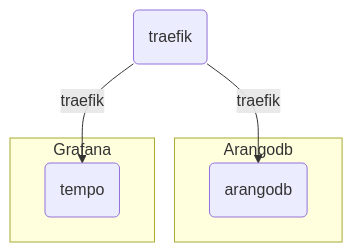
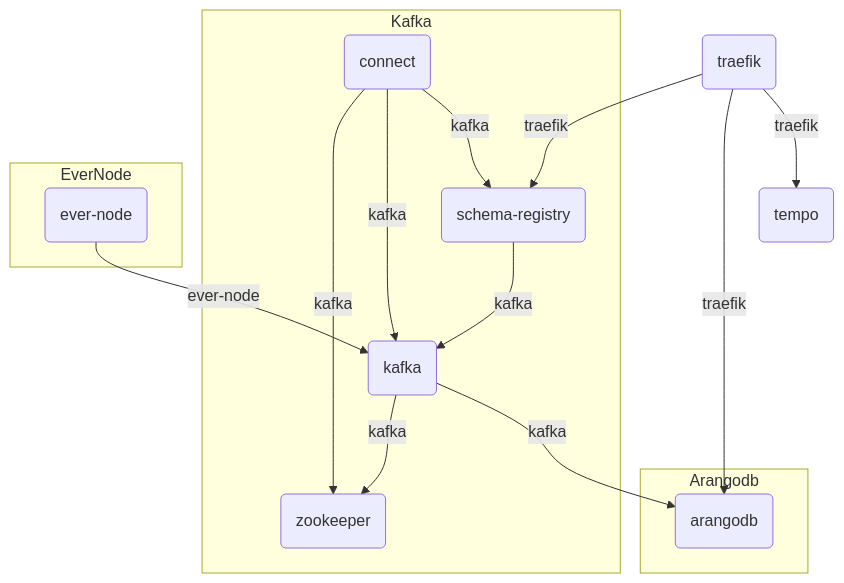
One commit to treeton-org/application-server changed the diagram in README.md. Above: the diagram before and after it, drawn with Mermaid. The commit also changed 1 other file, not shown here.

Commit message:
ci: Container network and network scheme

````diff
--- a/README.md
+++ b/README.md
@@ -14,14 +14,43 @@
 ```mermaid
 flowchart TD
+    %% Labels
+    traefik(traefik)
+    tempo(tempo)
+    arangodb(arangodb)
+    zookeeper(zookeeper)
+    kafka(kafka)
+    schema-registry(schema-registry)
+    connect(connect)
+    ever-node(ever-node)
+
     %% Traefik
-    traefik(traefik)-->|traefik|tempo(tempo)
-    traefik(traefik)-->|traefik|arangodb(arangodb)
+    traefik-->|traefik|arangodb
+    traefik-->|traefik|tempo
+    traefik-->|traefik|schema-registry
+
+    %% Kafka
+    kafka-->|kafka|zookeeper
+    kafka-->|kafka|arangodb
+    schema-registry-->|kafka|kafka
+    connect-->|kafka|zookeeper
+    connect-->|kafka|kafka
+    connect-->|kafka|schema-registry
+
+    %% EverNode
+    ever-node-->|ever-node|kafka
 
 subgraph Arangodb
-    arangodb(arangodb)
+    arangodb
 end
 
-subgraph Grafana
-    tempo(tempo)
+subgraph Kafka
+    zookeeper
+    kafka
+    schema-registry
+    connect
+end
+
+subgraph EverNode
+    ever-node
 end
 ```
````
